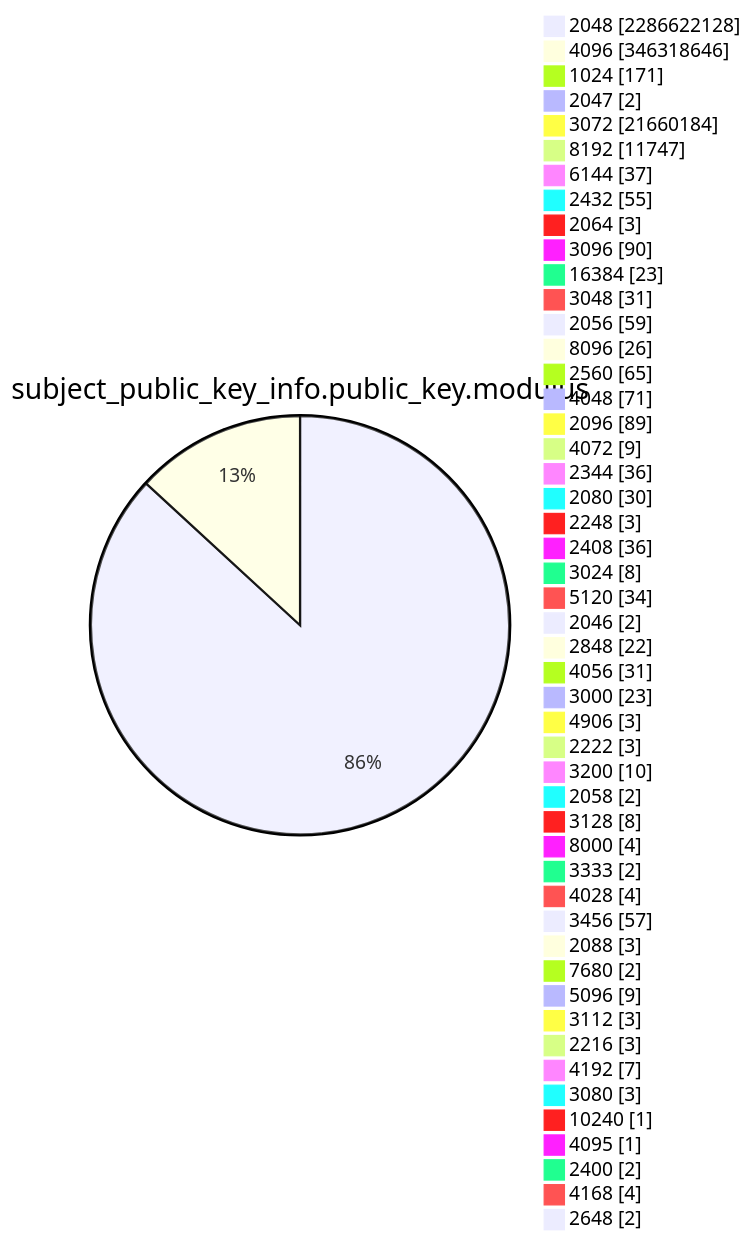
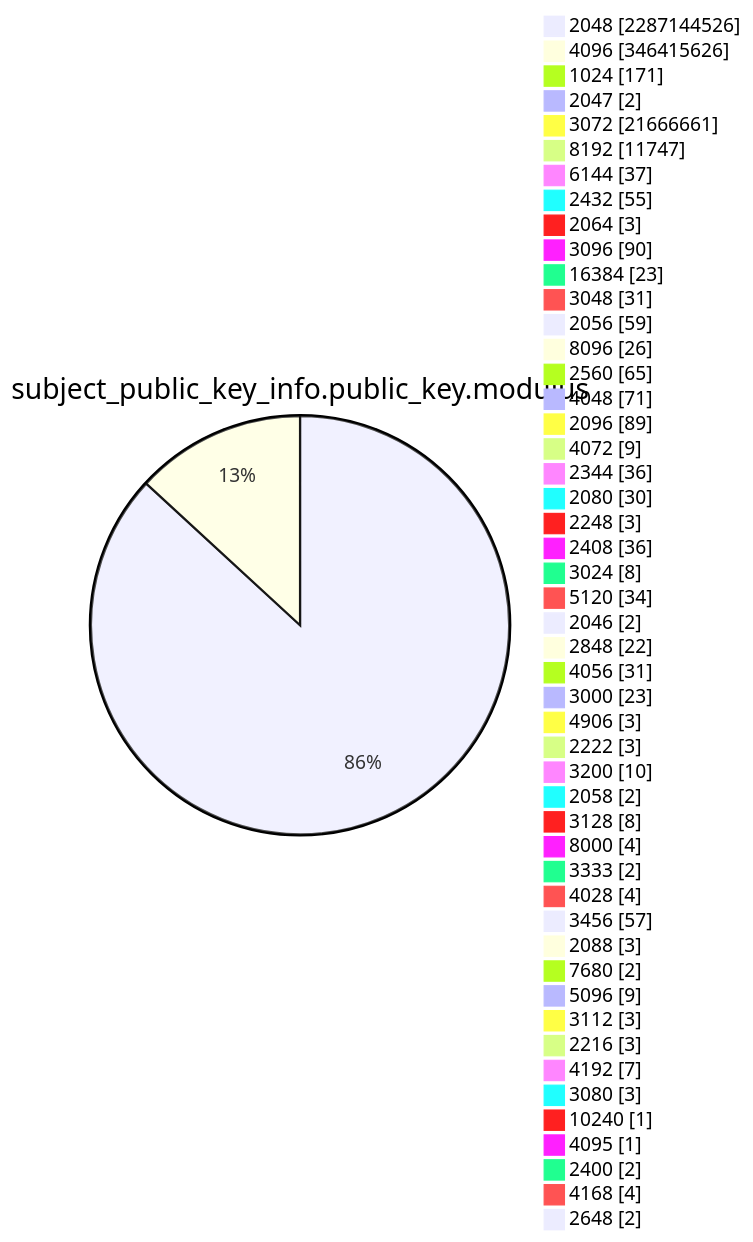
One commit to christiankrug/ctmonitor_visualization changed diagram 13 of 15 in TOTAL/README.md. Above: the diagram before and after it, drawn with Mermaid. The commit also changed other lines of this file, not shown here.

````diff
--- a/TOTAL/README.md
+++ b/TOTAL/README.md
@@ -4165,53 +4165,53 @@
 ```mermaid
 pie showData
 title subject_public_key_info.public_key.modulus
-"2048" :2286622128
-"4096" :346318646
+"2048" :2287144526
+"4096" :346415626
 "1024" :171
 "2047" :2
-"3072" :21660184
+"3072" :21666661
 "8192" :11747
 "6144" :37
 "2432" :55
 "2064" :3
 "3096" :90
 "16384" :23
 "3048" :31
 "2056" :59
 "8096" :26
 "2560" :65
 "4048" :71
 "2096" :89
 "4072" :9
 "2344" :36
 "2080" :30
 "2248" :3
 "2408" :36
 "3024" :8
 "5120" :34
 "2046" :2
 "2848" :22
 "4056" :31
 "3000" :23
 "4906" :3
 "2222" :3
 "3200" :10
 "2058" :2
 "3128" :8
 "8000" :4
 "3333" :2
 "4028" :4
 "3456" :57
 "2088" :3
 "7680" :2
 "5096" :9
 "3112" :3
 "2216" :3
 "4192" :7
 "3080" :3
 "10240" :1
 "4095" :1
 "2400" :2
 "4168" :4
 "2648" :2
 ```
````
